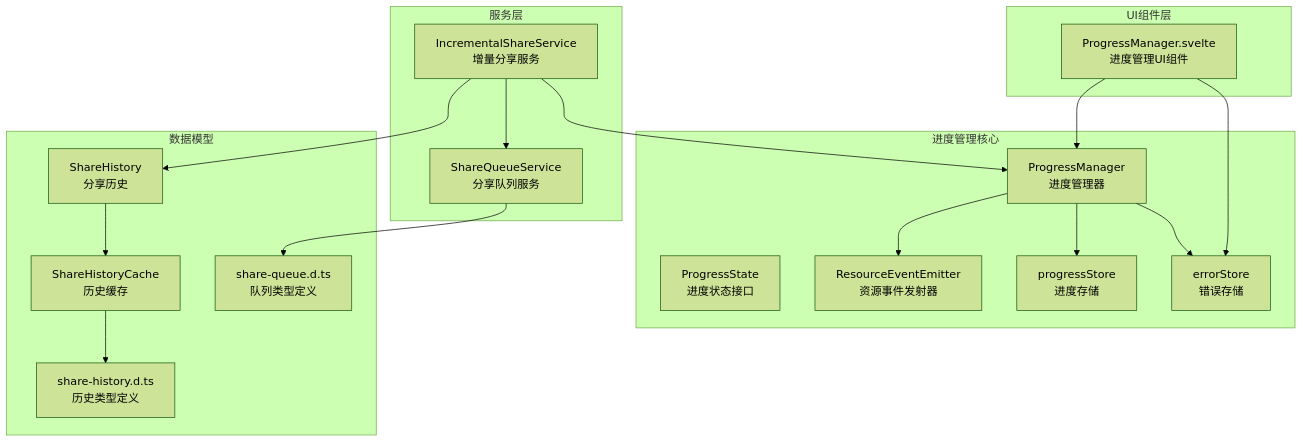
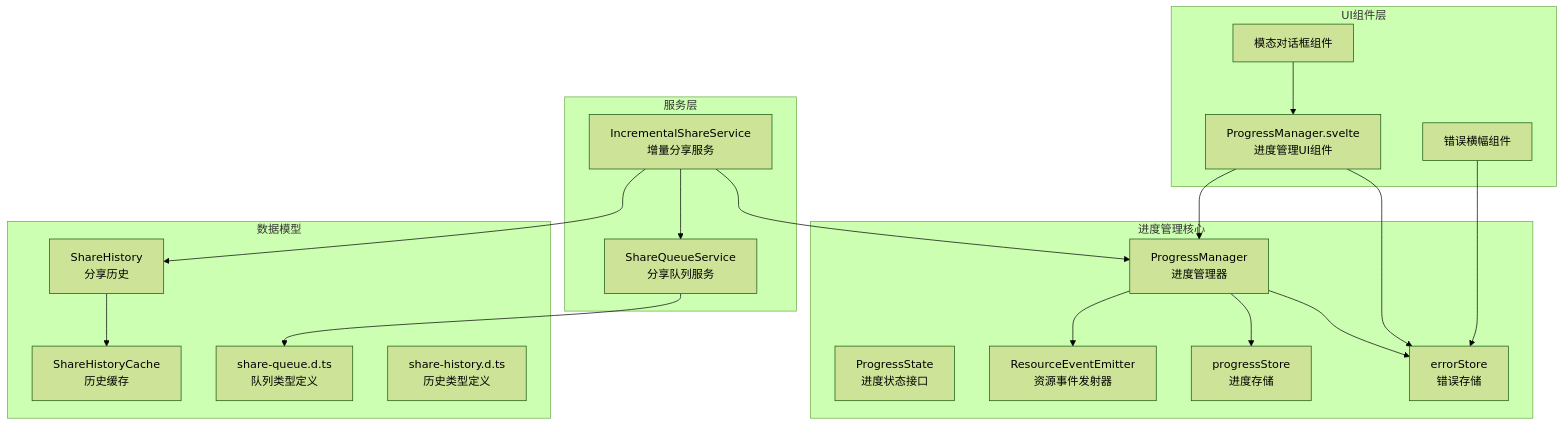
Before and after one commit to terwerinc/siyuan-plugin-share-pro: the first of 9 diagrams in .qoder/repowiki/zh/content/Progress Management Enhancements.md, drawn with Mermaid (forest theme). The commit also changed other lines of this file and 8 other files, not shown here.

Commit message:
docs(Progress Mgmt): add error banner, modal, and state persistence

````diff
--- a/.qoder/repowiki/zh/content/Progress Management Enhancements.md
+++ b/.qoder/repowiki/zh/content/Progress Management Enhancements.md
@@ -61,34 +65,37 @@
 ```mermaid
 graph TB
 subgraph "进度管理核心"
 PM[ProgressManager<br/>进度管理器]
 PS[ProgressState<br/>进度状态接口]
 RES[ResourceEventEmitter<br/>资源事件发射器]
 PStore[progressStore<br/>进度存储]
 EStore[errorStore<br/>错误存储]
 end
 subgraph "UI组件层"
 PMSvelte[ProgressManager.svelte<br/>进度管理UI组件]
+ErrorBanner[错误横幅组件]
+ModalDialog[模态对话框组件]
 end
 subgraph "服务层"
 ISS[IncrementalShareService<br/>增量分享服务]
 SQS[ShareQueueService<br/>分享队列服务]
 end
 subgraph "数据模型"
 SH[ShareHistory<br/>分享历史]
 SHC[ShareHistoryCache<br/>历史缓存]
 TQ[share-queue.d.ts<br/>队列类型定义]
 TH[share-history.d.ts<br/>历史类型定义]
 end
 PM --> PStore
 PM --> EStore
 PM --> RES
 ISS --> PM
 ISS --> SQS
 SQS --> TQ
 ISS --> SH
 SH --> SHC
-SHC --> TH
 PMSvelte --> PM
 PMSvelte --> EStore
+ErrorBanner --> EStore
+ModalDialog --> PMSvelte
 ```
````
